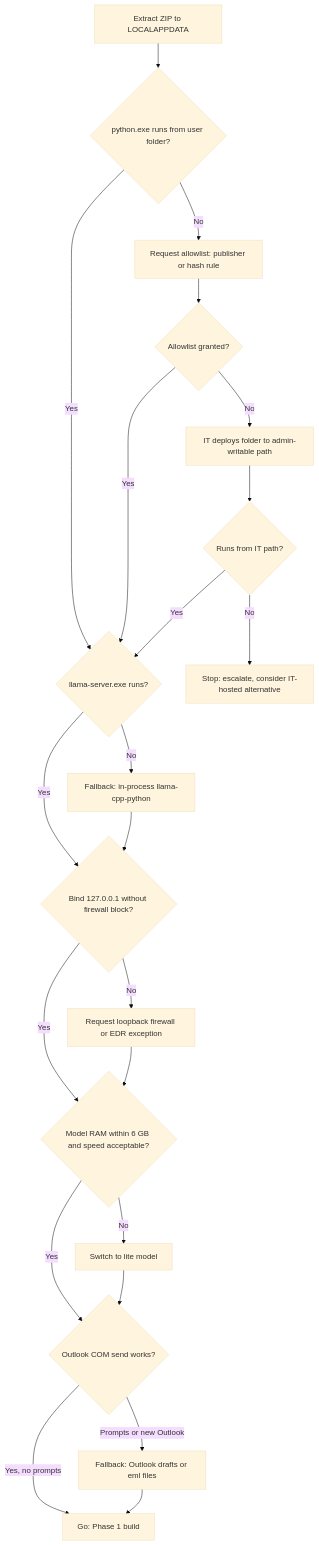
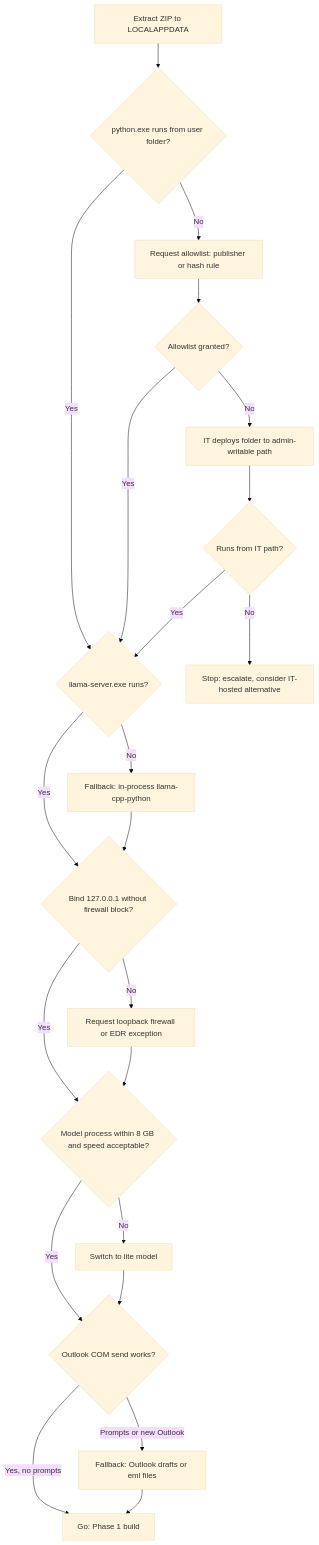
One commit to Cognition-Partner-Workshops/PerfectFitCandidate changed the second of 2 diagrams in PFC/docs/FEASIBILITY.md. Above: the diagram before and after it, drawn with Mermaid (base theme). The commit also changed other lines of this file and 10 other files, not shown here.

````diff
--- a/PFC/docs/FEASIBILITY.md
+++ b/PFC/docs/FEASIBILITY.md
@@ -277,24 +277,24 @@
 ```mermaid
 flowchart TD
     A["Extract ZIP to LOCALAPPDATA"] --> B{"python.exe runs from user folder?"}
     B -->|Yes| C{"llama-server.exe runs?"}
     B -->|No| B1["Request allowlist: publisher or hash rule"]
     B1 --> B2{"Allowlist granted?"}
     B2 -->|Yes| C
     B2 -->|No| B3["IT deploys folder to admin-writable path"]
     B3 --> B4{"Runs from IT path?"}
     B4 -->|Yes| C
     B4 -->|No| X["Stop: escalate, consider IT-hosted alternative"]
     C -->|Yes| D{"Bind 127.0.0.1 without firewall block?"}
     C -->|No| C1["Fallback: in-process llama-cpp-python"]
     C1 --> D
-    D -->|Yes| E{"Model RAM within 6 GB and speed acceptable?"}
+    D -->|Yes| E{"Model process within 8 GB and speed acceptable?"}
     D -->|No| D1["Request loopback firewall or EDR exception"]
     D1 --> E
     E -->|Yes| F{"Outlook COM send works?"}
     E -->|No| E1["Switch to lite model"]
     E1 --> F
     F -->|"Yes, no prompts"| G["Go: Phase 1 build"]
     F -->|"Prompts or new Outlook"| F1["Fallback: Outlook drafts or eml files"]
     F1 --> G
 ```
````
